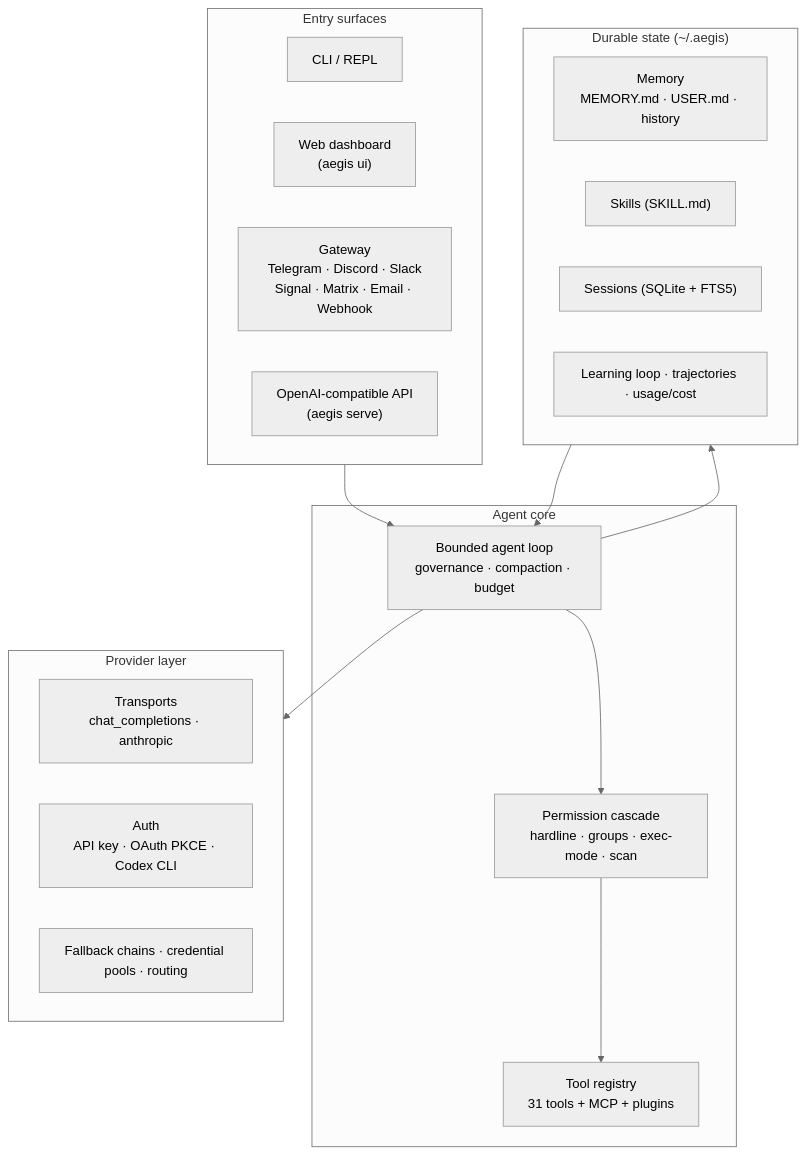
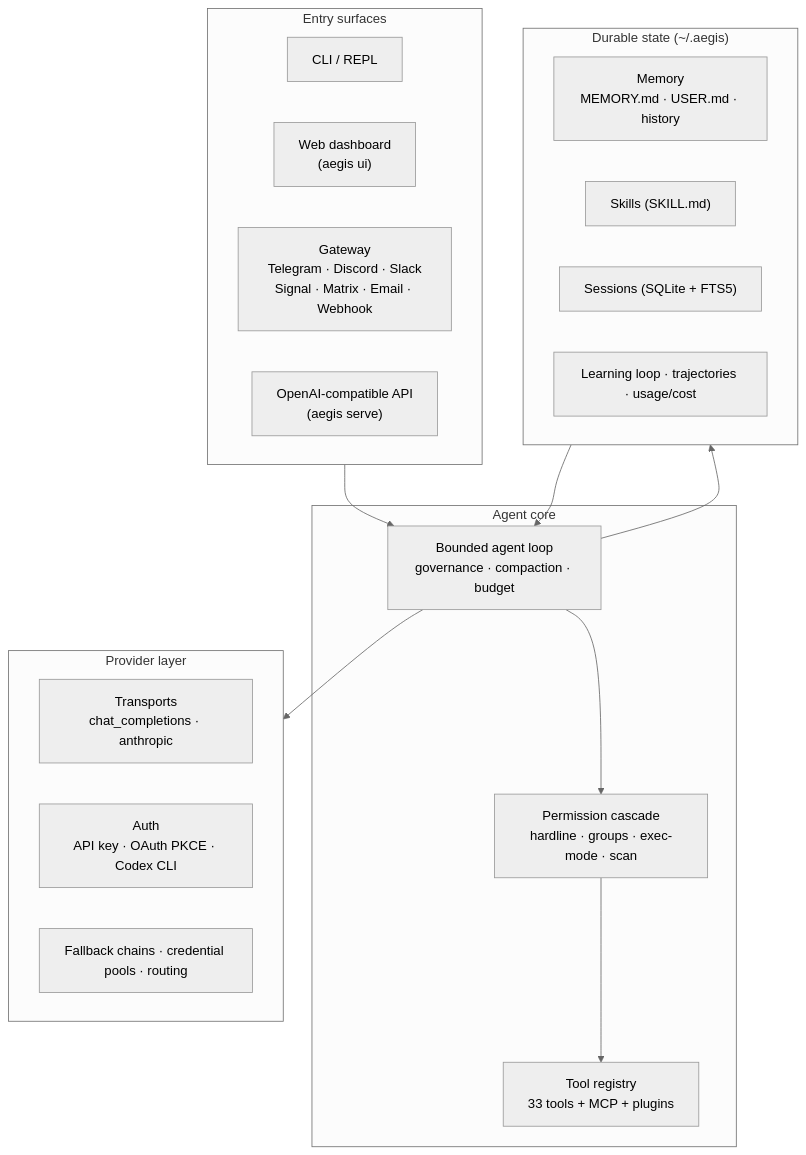
One commit to Alien0013/aegis changed the first of 2 diagrams in README.md. Above: the diagram before and after it, drawn with Mermaid (neutral theme). The commit also changed other lines of this file and 21 other files, not shown here.

````diff
--- a/README.md
+++ b/README.md
@@ -56,34 +56,34 @@
 ```mermaid
 flowchart TB
     subgraph Surfaces["Entry surfaces"]
         CLI["CLI / REPL"]
         UI["Web dashboard<br/>(aegis ui)"]
         GW["Gateway<br/>Telegram · Discord · Slack<br/>Signal · Matrix · Email · Webhook"]
         API["OpenAI-compatible API<br/>(aegis serve)"]
     end
 
     subgraph Core["Agent core"]
         LOOP["Bounded agent loop<br/>governance · compaction · budget"]
         PERM["Permission cascade<br/>hardline · groups · exec-mode · scan"]
-        REG["Tool registry<br/>31 tools + MCP + plugins"]
+        REG["Tool registry<br/>33 tools + MCP + plugins"]
     end
 
     subgraph Providers["Provider layer"]
         TRANS["Transports<br/>chat_completions · anthropic"]
         AUTH["Auth<br/>API key · OAuth PKCE · Codex CLI"]
         FB["Fallback chains · credential pools · routing"]
     end
 
     subgraph State["Durable state (~/.aegis)"]
         MEM["Memory<br/>MEMORY.md · USER.md · history"]
         SK["Skills (SKILL.md)"]
         SESS["Sessions (SQLite + FTS5)"]
         LEARN["Learning loop · trajectories · usage/cost"]
     end
 
     Surfaces --> LOOP
     LOOP --> PERM --> REG
     LOOP --> Providers
     LOOP --> State
     State --> LOOP
 ```
````
